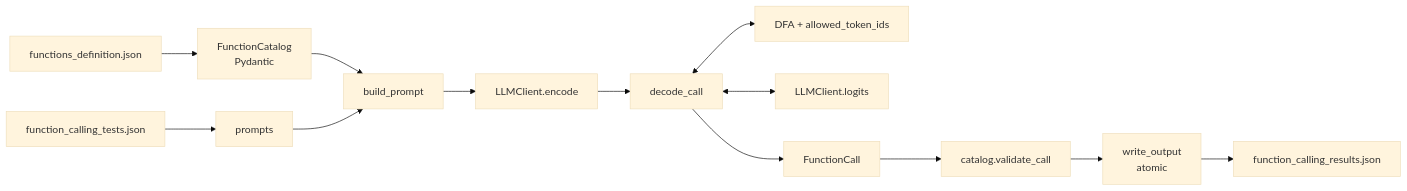
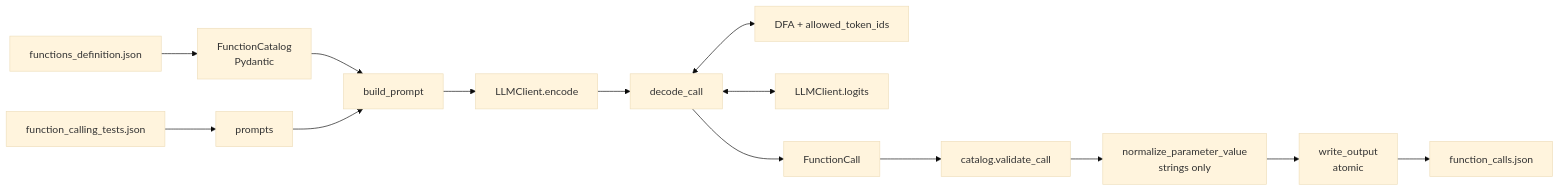
The diagram in README.md (DiOliver-cmd/Call-Me-Maybe_2026_42SP), drawn with Mermaid (base theme) before and after one commit. The commit also changed other lines of this file and 21 other files, not shown here.

````diff
--- a/README.md
+++ b/README.md
@@ -215,15 +223,16 @@
 ```mermaid
 flowchart LR
     F[functions_definition.json] --> C[FunctionCatalog<br/>Pydantic]
     P[function_calling_tests.json] --> R[prompts]
     C --> B[build_prompt]
     R --> B
     B --> E[LLMClient.encode]
     E --> D[decode_call]
     D <--> M[DFA + allowed_token_ids]
     D <--> L[LLMClient.logits]
     D --> V[FunctionCall]
     V --> S[catalog.validate_call]
-    S --> W[write_output<br/>atomic]
-    W --> O[function_calling_results.json]
+    S --> N[normalize_parameter_value<br/>strings only]
+    N --> W[write_output<br/>atomic]
+    W --> O[function_calls.json]
 ```
````
